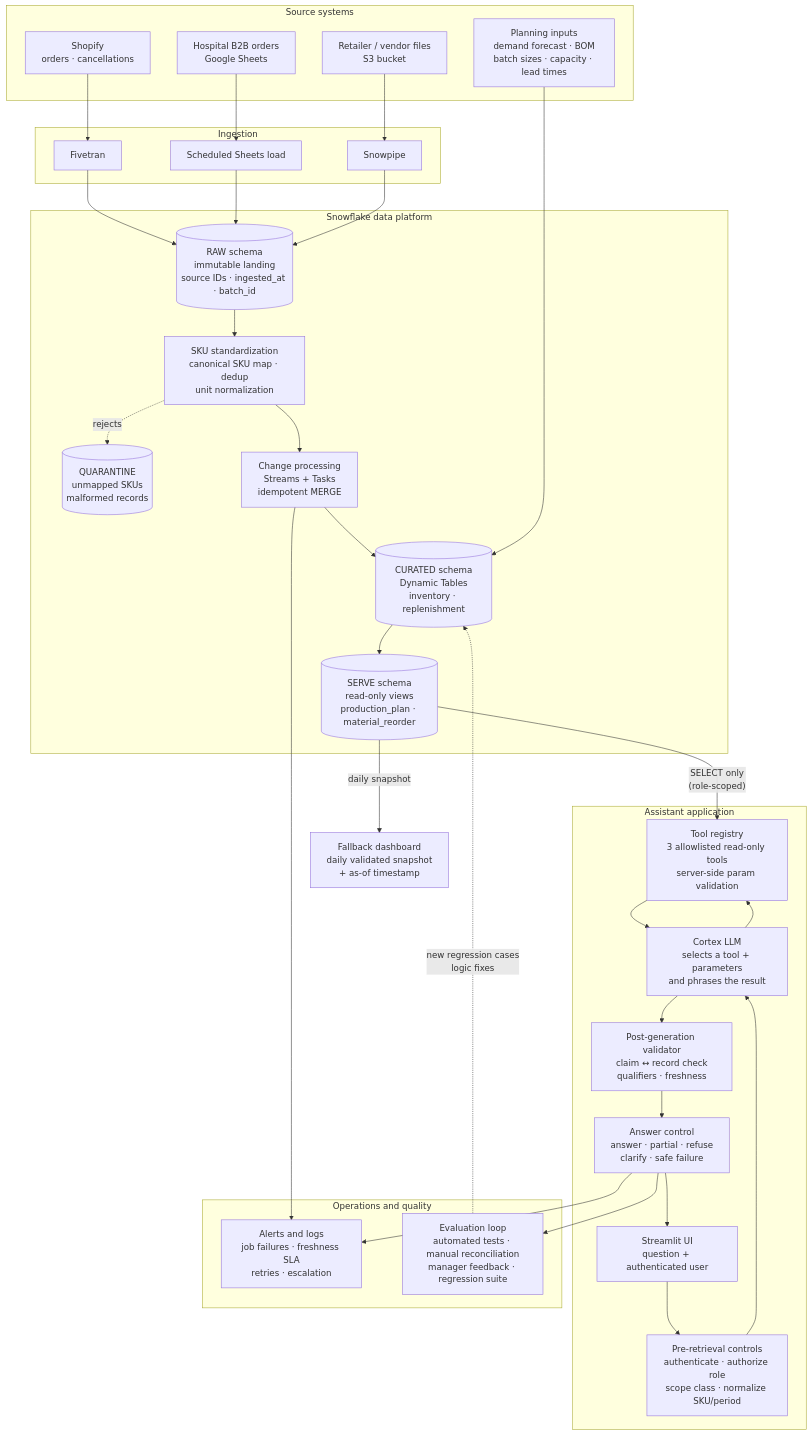
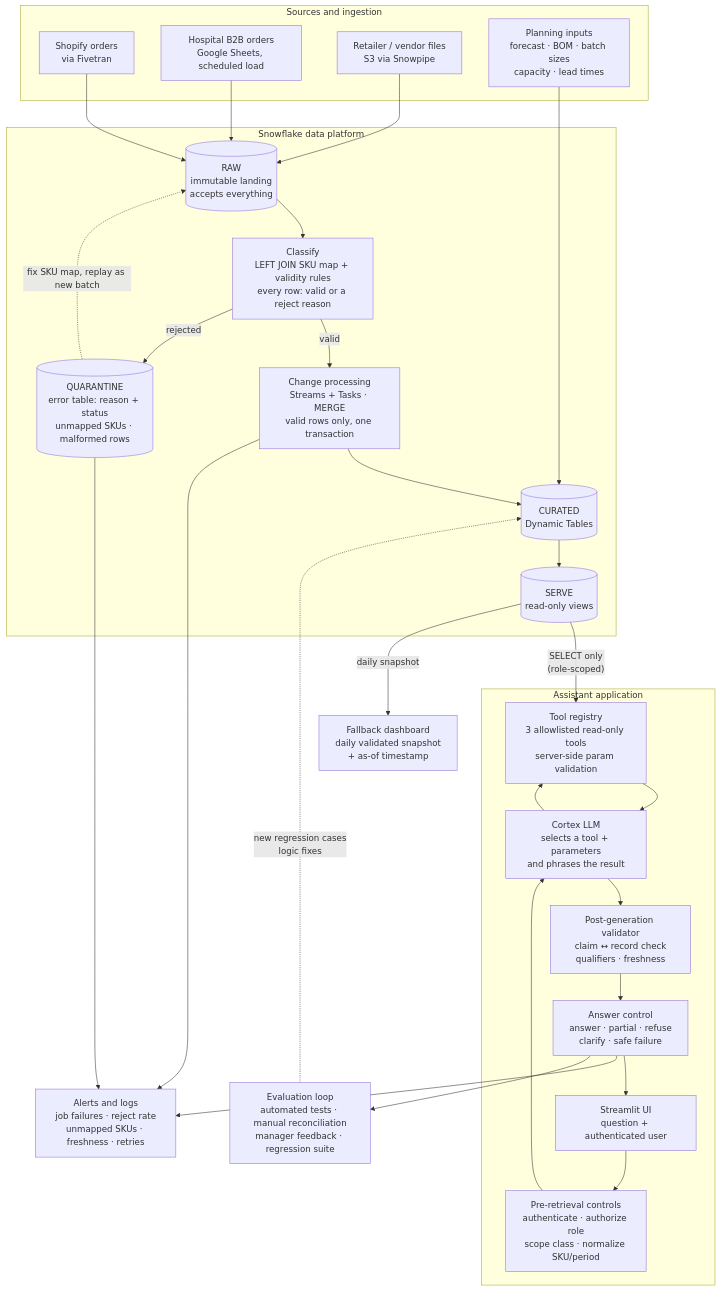
One commit to rameenft/ai-operations-assistant changed the first of 3 diagrams in docs/architecture.md. Above: the diagram before and after it, drawn with Mermaid. The commit also changed other lines of this file and 7 other files, not shown here.

First line of the commit message:
Add quarantine-based error handling and compact the architecture diagram

````diff
--- a/docs/architecture.md
+++ b/docs/architecture.md
@@ -14,56 +14,50 @@
 ```mermaid
 flowchart TB
-    subgraph SRC["Source systems"]
-        S1["Shopify<br/>orders · cancellations"]
-        S2["Hospital B2B orders<br/>Google Sheets"]
-        S3["Retailer / vendor files<br/>S3 bucket"]
-        S4["Planning inputs<br/>demand forecast · BOM<br/>batch sizes · capacity · lead times"]
-    end
-
-    subgraph ING["Ingestion"]
-        I1["Fivetran"]
-        I2["Scheduled Sheets load"]
-        I3["Snowpipe"]
+    subgraph SRC["Sources and ingestion"]
+        S1["Shopify orders<br/>via Fivetran"]
+        S2["Hospital B2B orders<br/>Google Sheets, scheduled load"]
+        S3["Retailer / vendor files<br/>S3 via Snowpipe"]
+        S4["Planning inputs<br/>forecast · BOM · batch sizes<br/>capacity · lead times"]
     end
 
     subgraph SF["Snowflake data platform"]
-        RAW[("RAW schema<br/>immutable landing<br/>source IDs · ingested_at · batch_id")]
-        MAP["SKU standardization<br/>canonical SKU map · dedup<br/>unit normalization"]
-        QUA[("QUARANTINE<br/>unmapped SKUs<br/>malformed records")]
-        CHG["Change processing<br/>Streams + Tasks<br/>idempotent MERGE"]
-        CUR[("CURATED schema<br/>Dynamic Tables<br/>inventory · replenishment")]
-        SERVE[("SERVE schema<br/>read-only views<br/>production_plan · material_reorder")]
-        RAW --> MAP --> CHG --> CUR --> SERVE
-        MAP -. rejects .-> QUA
+        RAW[("RAW<br/>immutable landing<br/>accepts everything")]
+        CLS["Classify<br/>LEFT JOIN SKU map + validity rules<br/>every row: valid or a reject reason"]
+        QUA[("QUARANTINE<br/>error table: reason + status<br/>unmapped SKUs · malformed rows")]
+        CHG["Change processing<br/>Streams + Tasks · MERGE<br/>valid rows only, one transaction"]
+        CUR[("CURATED<br/>Dynamic Tables")]
+        SERVE[("SERVE<br/>read-only views")]
+        RAW --> CLS
+        CLS -- valid --> CHG --> CUR --> SERVE
+        CLS -- rejected --> QUA
+        QUA -. "fix SKU map, replay as new batch" .-> RAW
     end
 
     subgraph APP["Assistant application"]
         UI["Streamlit UI<br/>question + authenticated user"]
         PRE["Pre-retrieval controls<br/>authenticate · authorize role<br/>scope class · normalize SKU/period"]
         LLM["Cortex LLM<br/>selects a tool + parameters<br/>and phrases the result"]
         REG["Tool registry<br/>3 allowlisted read-only tools<br/>server-side param validation"]
         GATE["Post-generation validator<br/>claim ↔ record check<br/>qualifiers · freshness"]
         ANS["Answer control<br/>answer · partial · refuse<br/>clarify · safe failure"]
         UI --> PRE --> LLM --> REG
         REG --> LLM
         LLM --> GATE --> ANS --> UI
     end
 
     DASH["Fallback dashboard<br/>daily validated snapshot<br/>+ as-of timestamp"]
+    OPS["Alerts and logs<br/>job failures · reject rate<br/>unmapped SKUs · freshness · retries"]
+    EVAL["Evaluation loop<br/>automated tests · manual reconciliation<br/>manager feedback · regression suite"]
 
-    subgraph OBS["Operations and quality"]
-        OPS["Alerts and logs<br/>job failures · freshness SLA<br/>retries · escalation"]
-        EVAL["Evaluation loop<br/>automated tests · manual reconciliation<br/>manager feedback · regression suite"]
-    end
-
-    S1 --> I1 --> RAW
-    S2 --> I2 --> RAW
-    S3 --> I3 --> RAW
+    S1 --> RAW
+    S2 --> RAW
+    S3 --> RAW
     S4 --> CUR
     SERVE -- "SELECT only<br/>(role-scoped)" --> REG
     SERVE -- "daily snapshot" --> DASH
+    QUA --> OPS
+    CHG --> OPS
     ANS --> OPS
-    CHG --> OPS
     ANS --> EVAL
     EVAL -. "new regression cases<br/>logic fixes" .-> CUR
 ```
````
